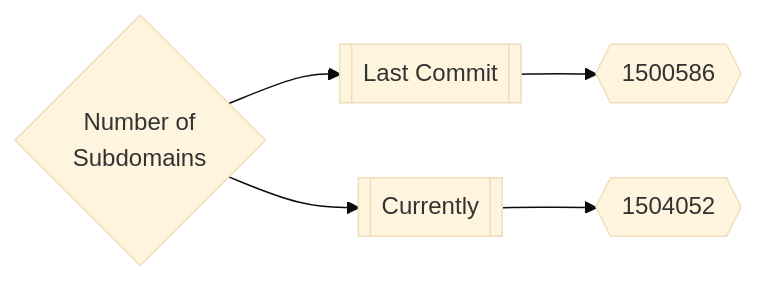
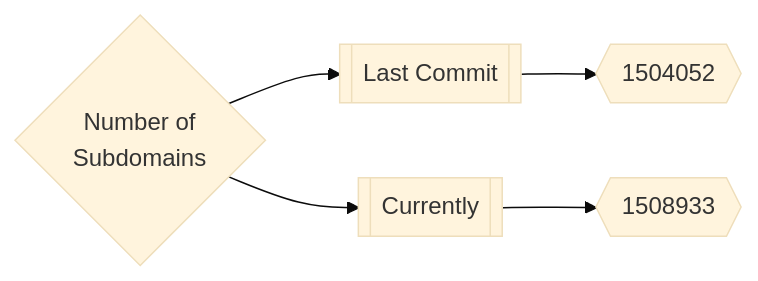
One commit to trickest/inventory changed the first of 3 diagrams in README.md. Above: the diagram before and after it, drawn with Mermaid (base theme). The commit also changed other lines of this file, not shown here.

Commit message:
Update Thu Apr 21 01:50:40 UTC 2022

````diff
--- a/README.md
+++ b/README.md
@@ -165,5 +165,5 @@
 ```mermaid
 graph LR
-title{Number of<br>Subdomains} --> subdomainsDate1[[Last Commit]] --> subdomainsNum1{{1500586}}
-title --> subdomainsDate2[[Currently]] --> subdomainsNum2{{1504052}}
+title{Number of<br>Subdomains} --> subdomainsDate1[[Last Commit]] --> subdomainsNum1{{1504052}}
+title --> subdomainsDate2[[Currently]] --> subdomainsNum2{{1508933}}
 ```
````
